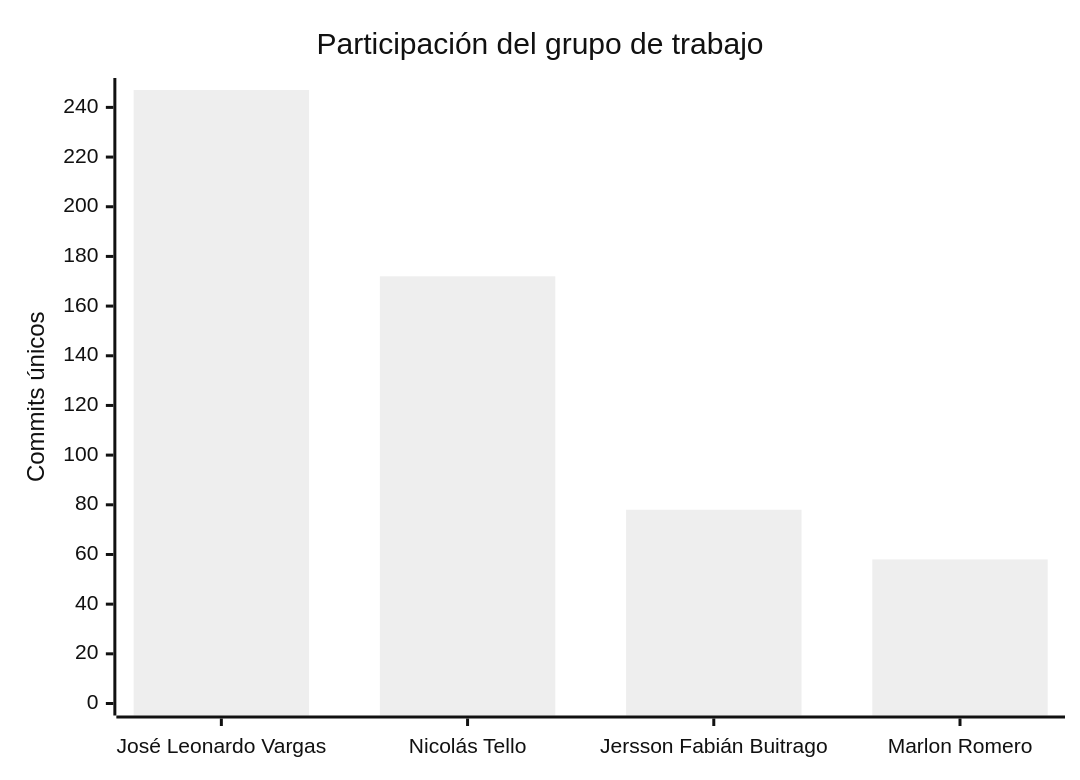
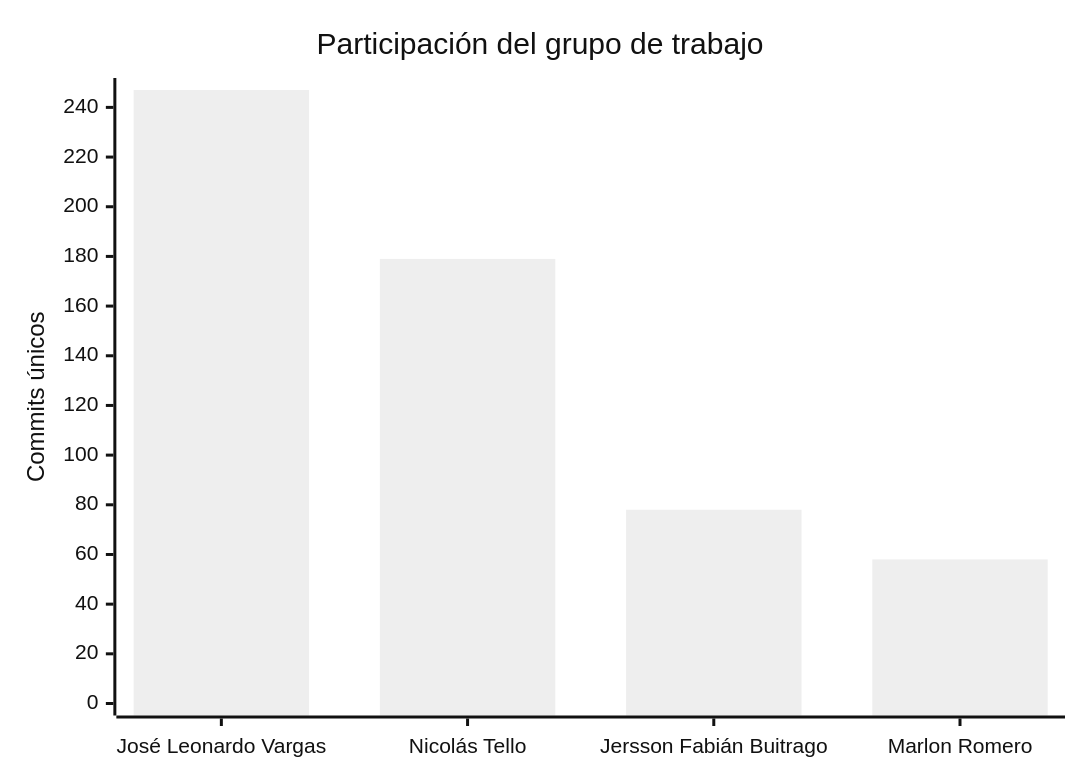
The second of 2 diagrams in README.md (FarmaExpres/FarmaExpres), drawn with Mermaid (neutral theme) before and after one commit. The commit also changed other lines of this file and 1 other file, not shown here.

````diff
--- a/README.md
+++ b/README.md
@@ -401,7 +401,7 @@
 ```mermaid
 xychart-beta
     title "Participación del grupo de trabajo"
     x-axis ["José Leonardo Vargas", "Nicolás Tello", "Jersson Fabián Buitrago", "Marlon Romero"]
     y-axis "Commits únicos" 0 --> 247
-    bar [247, 172, 78, 58]
+    bar [247, 179, 78, 58]
 ```
````
